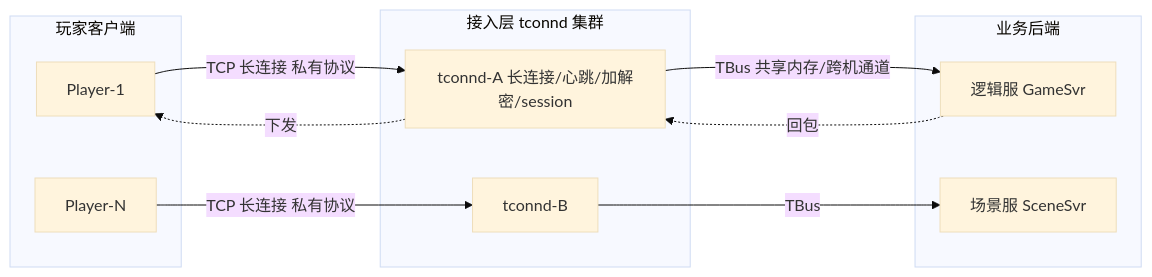
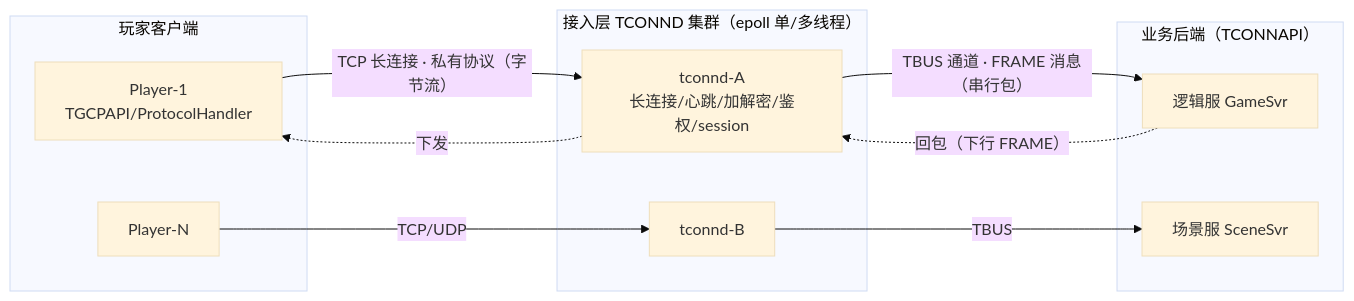
The first of 4 diagrams in docs/game-infra/tconnd.md (m9rco/interview), drawn with Mermaid (base theme) before and after one commit. The commit also changed other lines of this file and 3 other files, not shown here.

````diff
--- a/docs/game-infra/tconnd.md
+++ b/docs/game-infra/tconnd.md
@@ -24,20 +24,20 @@
 ```mermaid
 flowchart LR
   subgraph Client[玩家客户端]
-    C1[Player-1]
+    C1["Player-1<br/>TGCPAPI/ProtocolHandler"]
     C2[Player-N]
   end
-  subgraph Edge[接入层 tconnd 集群]
-    T1[tconnd-A 长连接/心跳/加解密/session]
+  subgraph Edge["接入层 TCONND 集群（epoll 单/多线程）"]
+    T1["tconnd-A<br/>长连接/心跳/加解密/鉴权/session"]
     T2[tconnd-B]
   end
-  subgraph Backend[业务后端]
+  subgraph Backend["业务后端（TCONNAPI）"]
     B1[逻辑服 GameSvr]
     B2[场景服 SceneSvr]
   end
-  C1 -->|TCP 长连接 私有协议| T1
-  C2 -->|TCP 长连接 私有协议| T2
-  T1 -->|TBus 共享内存/跨机通道| B1
-  T2 -->|TBus| B2
-  B1 -. 回包 .-> T1 -. 下发 .-> C1
+  C1 -->|"TCP 长连接 · 私有协议（字节流）"| T1
+  C2 -->|TCP/UDP| T2
+  T1 -->|"TBUS 通道 · FRAME 消息（串行包）"| B1
+  T2 -->|TBUS| B2
+  B1 -. "回包（下行 FRAME）" .-> T1 -. 下发 .-> C1
 ```
````
